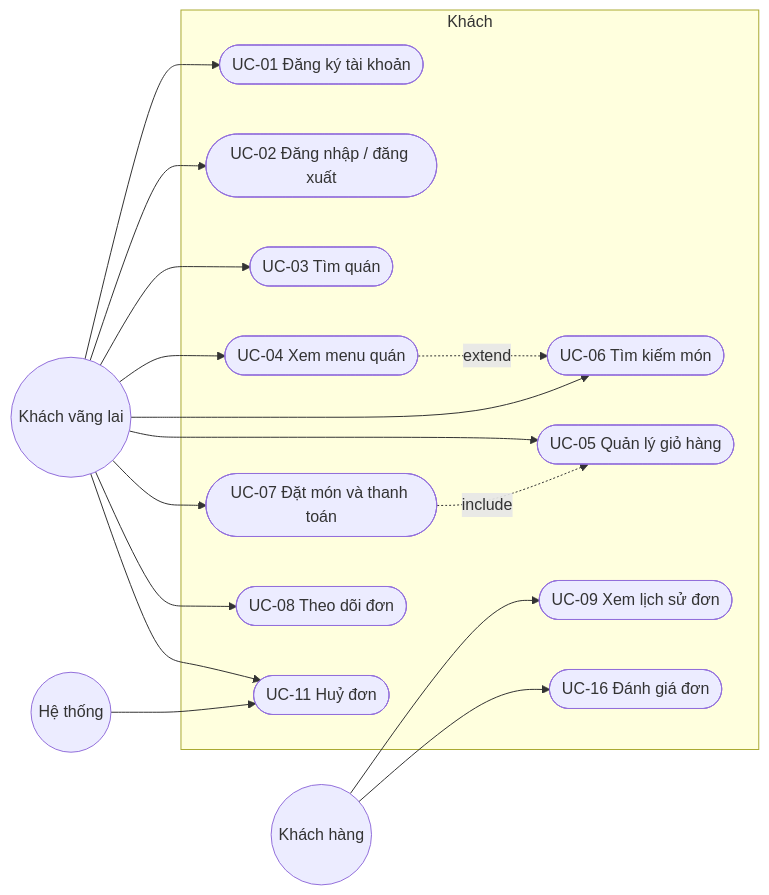
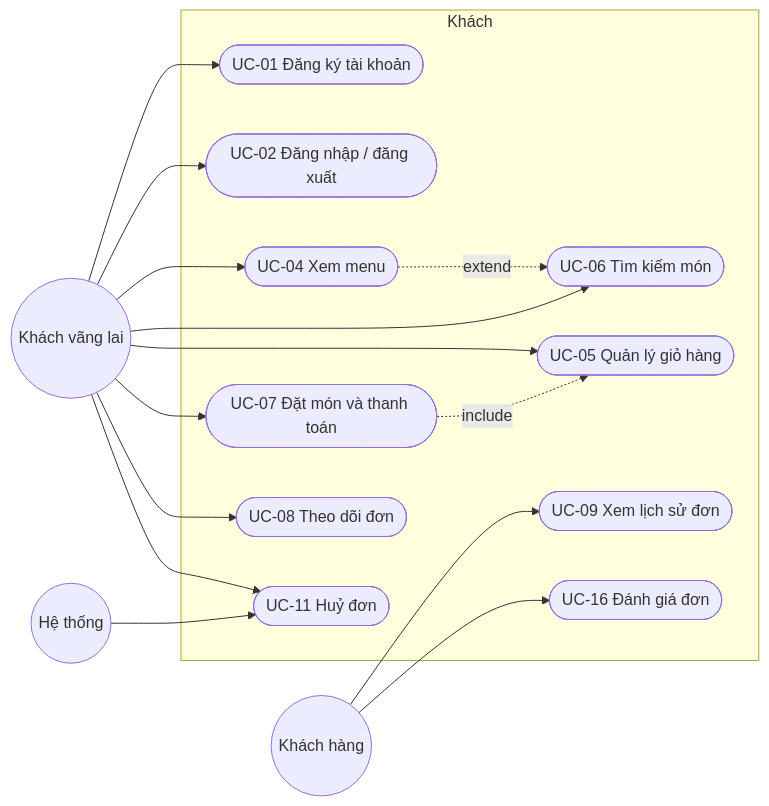
The first of 2 diagrams in docs/03-usecase.md (ThanhQuy-wolf/Coffee-Shop-Backup), drawn with Mermaid before and after one commit. The commit also changed other lines of this file and 65 other files, not shown here.

````diff
--- a/docs/03-usecase.md
+++ b/docs/03-usecase.md
@@ -9,35 +11,33 @@
 ```mermaid
 flowchart LR
     guest((Khách vãng lai))
     customer((Khách hàng))
     system((Hệ thống))
 
     subgraph KH[Khách]
         UC01([UC-01 Đăng ký tài khoản])
         UC02([UC-02 Đăng nhập / đăng xuất])
-        UC03([UC-03 Tìm quán])
-        UC04([UC-04 Xem menu quán])
+        UC04([UC-04 Xem menu])
         UC06([UC-06 Tìm kiếm món])
         UC05([UC-05 Quản lý giỏ hàng])
         UC07([UC-07 Đặt món và thanh toán])
         UC08([UC-08 Theo dõi đơn])
         UC09([UC-09 Xem lịch sử đơn])
         UC11([UC-11 Huỷ đơn])
         UC16([UC-16 Đánh giá đơn])
     end
 
     guest --> UC01
     guest --> UC02
-    guest --> UC03
     guest --> UC04
     guest --> UC06
     guest --> UC05
     guest --> UC07
     guest --> UC08
     guest --> UC11
     customer --> UC09
     customer --> UC16
     system --> UC11
     UC07 -. include .-> UC05
     UC04 -. extend .-> UC06
 ```
````
